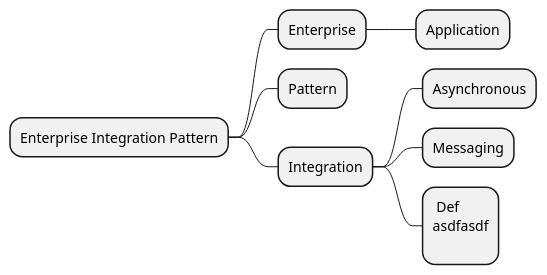
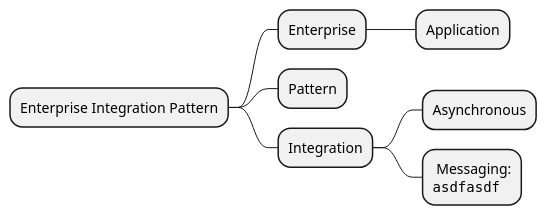
Before and after one commit to yanghoon/obsidian-workspace: the diagram in _diary/2024-07-21.md, drawn with PlantUML. The commit also changed other lines of this file, not shown here.

````diff
--- a/_diary/2024-07-21.md
+++ b/_diary/2024-07-21.md
@@ -1,17 +1,17 @@
 ```plantuml
 @startmindmap
 + Enterprise Integration Pattern
 
 ++ Enterprise
 +++ Application
 
 ++ Pattern
 
 ++ Integration
 +++ Asynchronous
-+++ Messaging
-***: Def
+***: Messaging:
+<code>
 asdfasdf
-;
+</code>;
 @endmindmap
 ```
````
